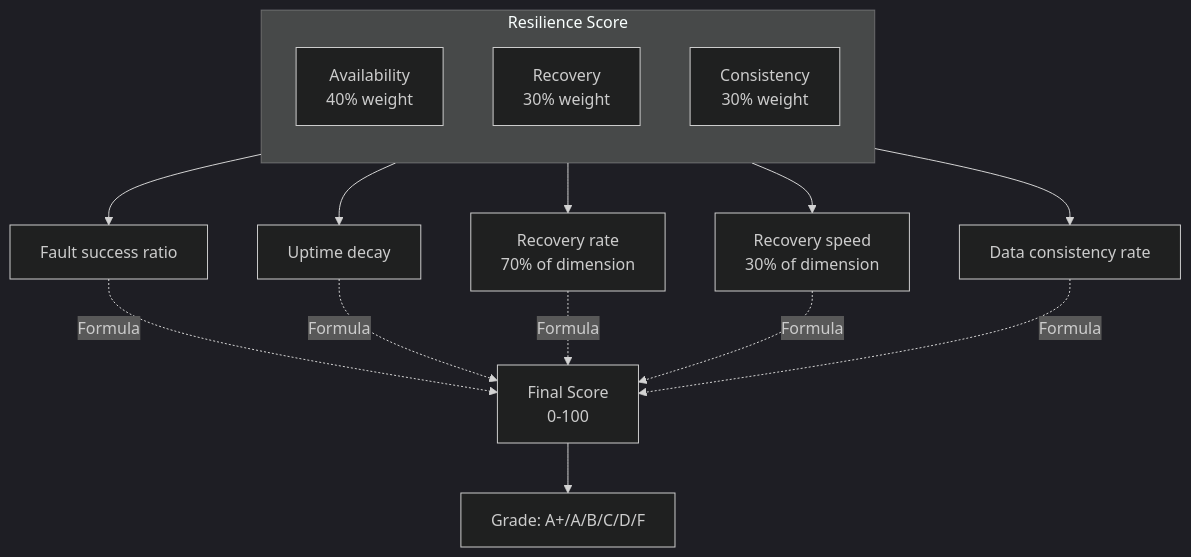
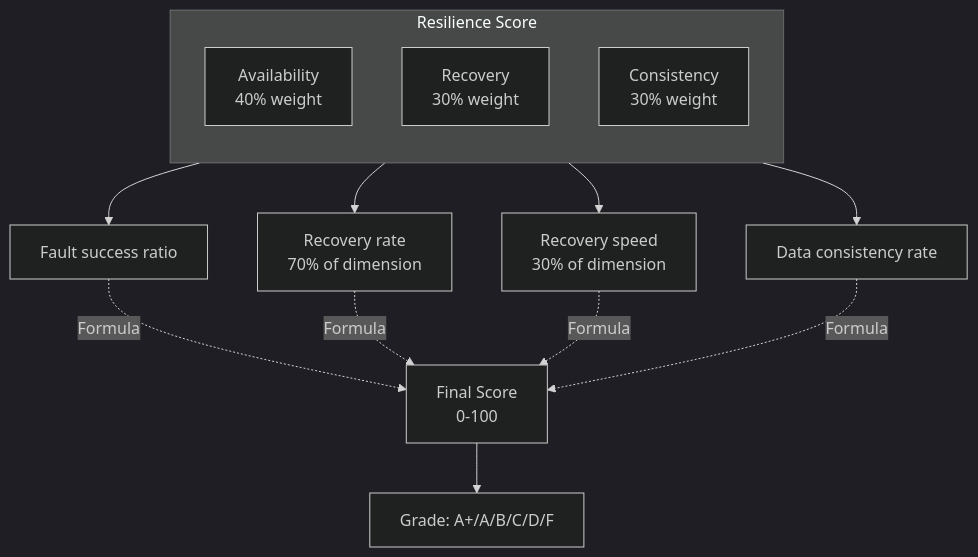
The fourth of 6 diagrams in docs/articles/en/arena-fault-injection-deep-dive.md (Timwood0x10/ARES), drawn with Mermaid (dark theme) before and after one commit. The commit also changed other lines of this file and 22 other files, not shown here.

````diff
--- a/docs/articles/en/arena-fault-injection-deep-dive.md
+++ b/docs/articles/en/arena-fault-injection-deep-dive.md
@@ -288,25 +219,21 @@
 ```mermaid
 graph TB
     subgraph "Resilience Score"
         direction TB
         A[Availability<br/>40% weight]
         R[Recovery<br/>30% weight]
         C[Consistency<br/>30% weight]
     end
 
     A --> A1[Fault success ratio]
-    A --> A2[Uptime decay]
-
     R --> R1[Recovery rate<br/>70% of dimension]
     R --> R2[Recovery speed<br/>30% of dimension]
-
     C --> C1[Data consistency rate]
 
     A1 -.->|Formula| FINAL[Final Score<br/>0-100]
-    A2 -.->|Formula| FINAL
     R1 -.->|Formula| FINAL
     R2 -.->|Formula| FINAL
     C1 -.->|Formula| FINAL
 
     FINAL --> GRADE[Grade: A+/A/B/C/D/F]
 ```
````
